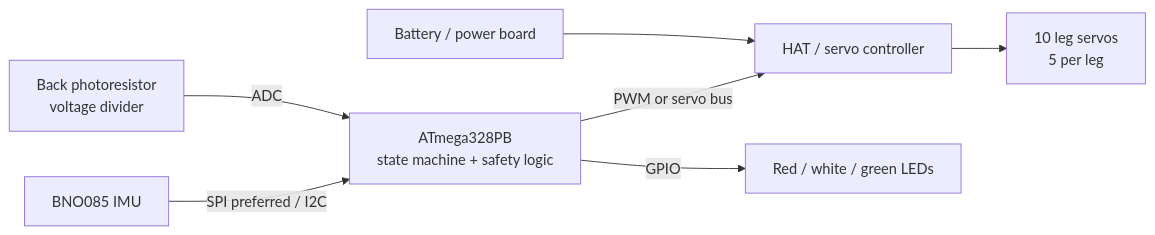
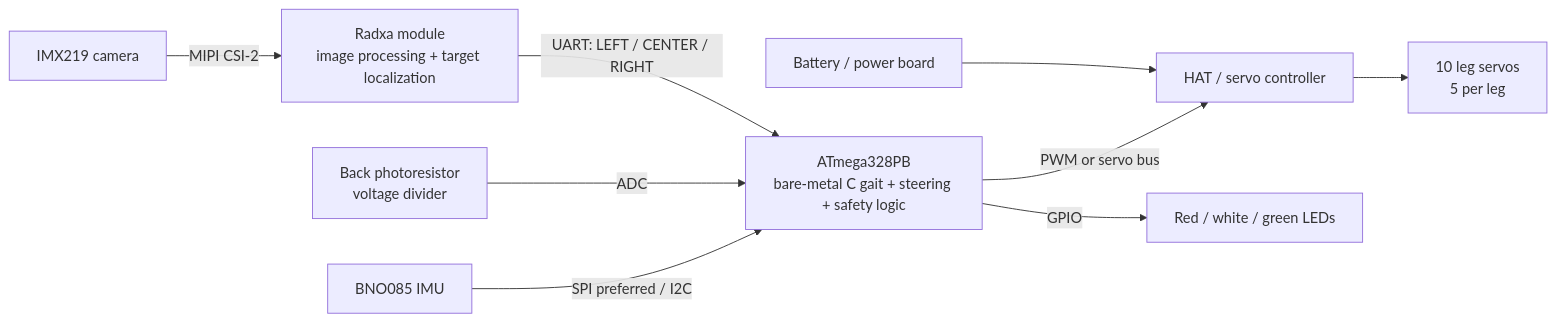
One commit to upenn-embedded/ese5190f26-finalproject-t29 changed the diagram in README.md. Above: the diagram before and after it, drawn with Mermaid. The commit also changed other lines of this file, not shown here.

Commit message:
Update vision system architecture

````diff
--- a/README.md
+++ b/README.md
@@ -44,9 +44,11 @@
 ```mermaid
 flowchart LR
   PWR[Battery / power board] --> HAT[HAT / servo controller]
-  MCU[ATmega328PB\nstate machine + safety logic] -->|PWM or servo bus| HAT
+  CAM[IMX219 camera] -->|MIPI CSI-2| RADXA[Radxa module\nimage processing + target localization]
+  RADXA -->|UART: LEFT / CENTER / RIGHT| MCU[ATmega328PB\nbare-metal C gait + steering + safety logic]
+  MCU -->|PWM or servo bus| HAT
   HAT --> S1[10 leg servos\n5 per leg]
   LDR[Back photoresistor\nvoltage divider] -->|ADC| MCU
   IMU[BNO085 IMU] -->|SPI preferred / I2C| MCU
   MCU -->|GPIO| LED[Red / white / green LEDs]
 ```
````
